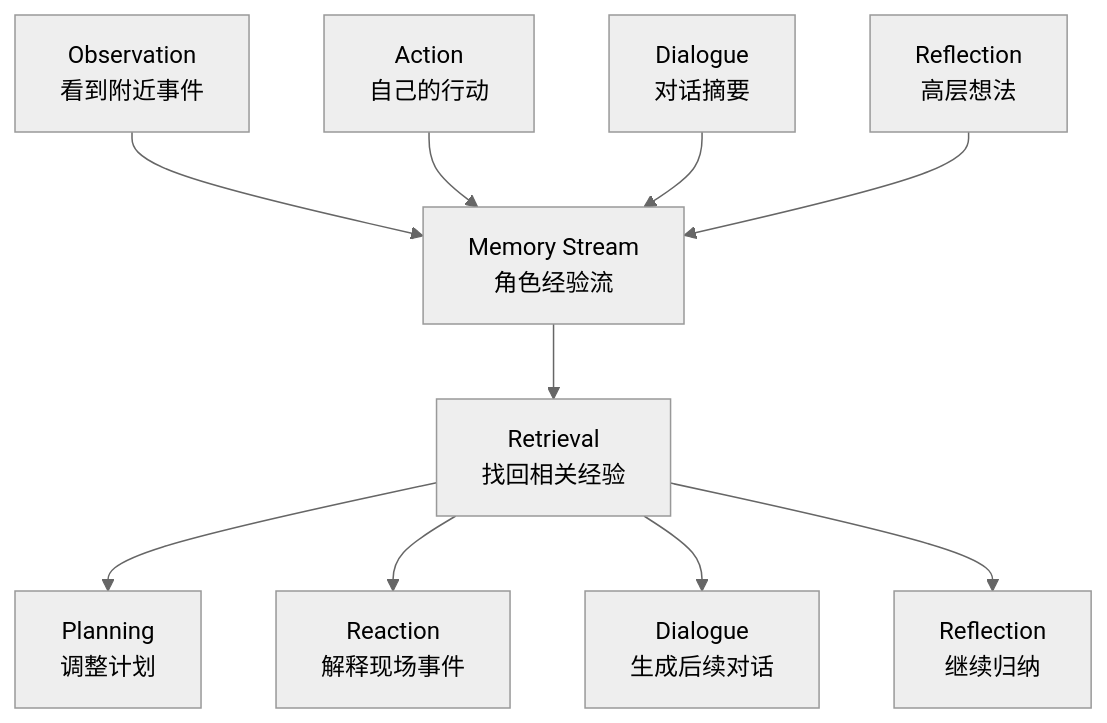
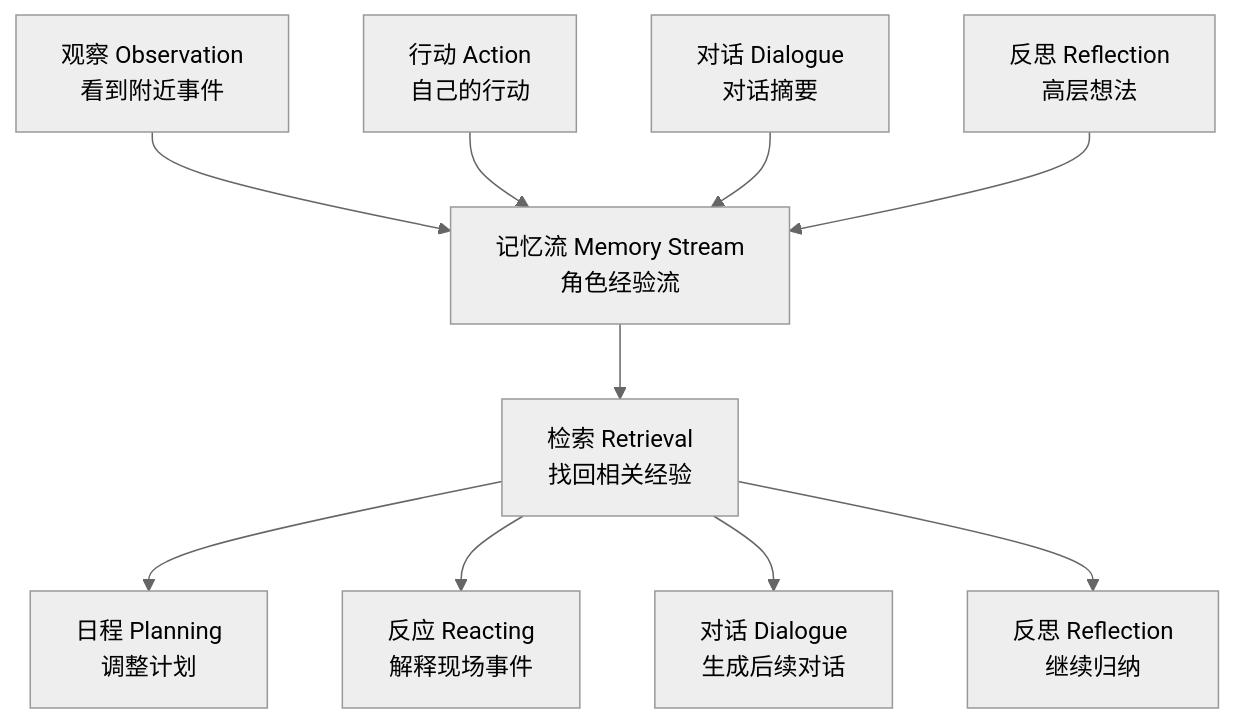
Before and after one commit to tbkken/GenerativeAgentsCN: the first of 3 diagrams in docs/book/manuscript/part_01/chapter_05.md, drawn with Mermaid (neutral theme). The commit also changed other lines of this file and 51 other files, not shown here.

````diff
--- a/docs/book/manuscript/part_01/chapter_05.md
+++ b/docs/book/manuscript/part_01/chapter_05.md
@@ -37,13 +50,13 @@
 ```mermaid
 flowchart TD
-    Observation["Observation<br/>看到附近事件"] --> Stream["Memory Stream<br/>角色经验流"]
-    Action["Action<br/>自己的行动"] --> Stream
-    Dialogue["Dialogue<br/>对话摘要"] --> Stream
-    Reflection["Reflection<br/>高层想法"] --> Stream
+    Observation["观察 Observation<br/>看到附近事件"] --> Stream["记忆流 Memory Stream<br/>角色经验流"]
+    Action["行动 Action<br/>自己的行动"] --> Stream
+    Dialogue["对话 Dialogue<br/>对话摘要"] --> Stream
+    Reflection["反思 Reflection<br/>高层想法"] --> Stream
 
-    Stream --> Retrieval["Retrieval<br/>找回相关经验"]
-    Retrieval --> Planning["Planning<br/>调整计划"]
-    Retrieval --> Reaction["Reaction<br/>解释现场事件"]
-    Retrieval --> Dialogue2["Dialogue<br/>生成后续对话"]
-    Retrieval --> Reflection2["Reflection<br/>继续归纳"]
+    Stream --> Retrieval["检索 Retrieval<br/>找回相关经验"]
+    Retrieval --> Planning["日程 Planning<br/>调整计划"]
+    Retrieval --> Reaction["反应 Reacting<br/>解释现场事件"]
+    Retrieval --> Dialogue2["对话 Dialogue<br/>生成后续对话"]
+    Retrieval --> Reflection2["反思 Reflection<br/>继续归纳"]
 ```
````
